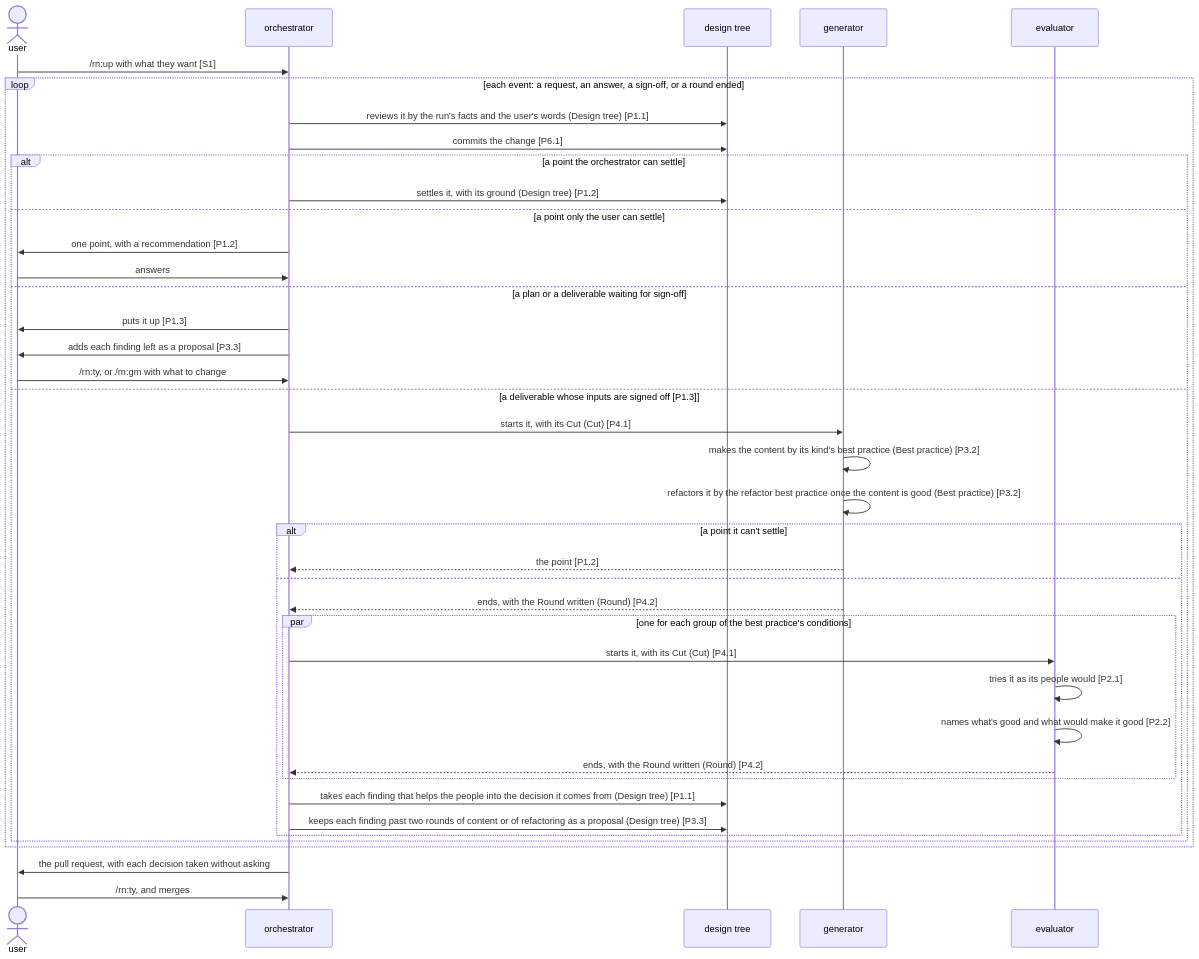
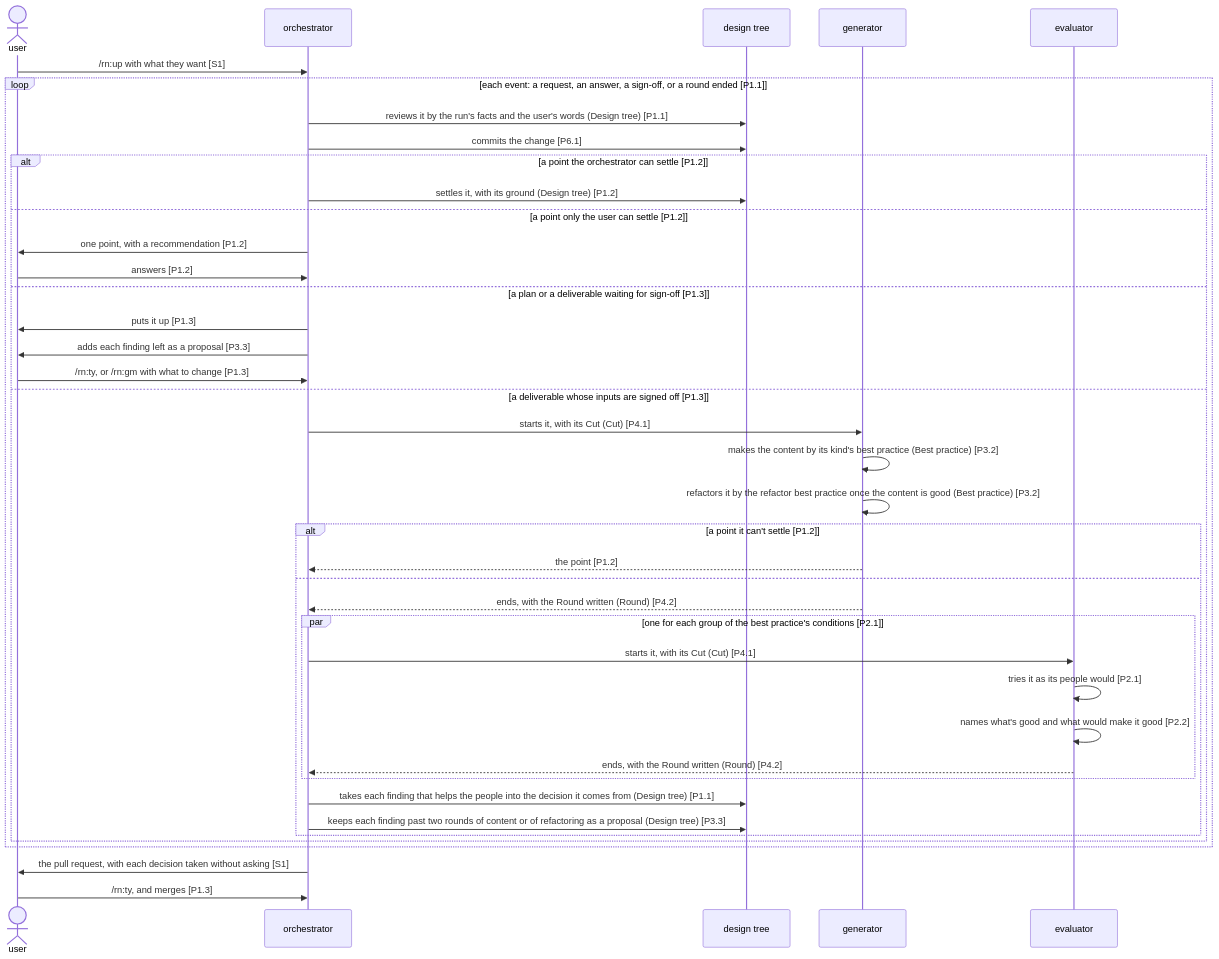
The first of 2 diagrams in dev/rn/architecture.md (lovaizu/ccpm), drawn with Mermaid before and after one commit. The commit also changed other lines of this file and 15 other files, not shown here.

````diff
--- a/dev/rn/architecture.md
+++ b/dev/rn/architecture.md
@@ -84,42 +84,42 @@
 ```mermaid
 sequenceDiagram
   actor U as user
   participant O as orchestrator
   participant T as design tree
   participant G as generator
   participant E as evaluator
   U->>O: /rn:up with what they want [S1]
-  loop each event: a request, an answer, a sign-off, or a round ended
+  loop each event: a request, an answer, a sign-off, or a round ended [P1.1]
     O->>T: reviews it by the run's facts and the user's words (Design tree) [P1.1]
     O->>T: commits the change [P6.1]
-    alt a point the orchestrator can settle
+    alt a point the orchestrator can settle [P1.2]
       O->>T: settles it, with its ground (Design tree) [P1.2]
-    else a point only the user can settle
+    else a point only the user can settle [P1.2]
       O->>U: one point, with a recommendation [P1.2]
-      U->>O: answers
-    else a plan or a deliverable waiting for sign-off
+      U->>O: answers [P1.2]
+    else a plan or a deliverable waiting for sign-off [P1.3]
       O->>U: puts it up [P1.3]
       O->>U: adds each finding left as a proposal [P3.3]
-      U->>O: /rn:ty, or /rn:gm with what to change
+      U->>O: /rn:ty, or /rn:gm with what to change [P1.3]
     else a deliverable whose inputs are signed off [P1.3]
       O->>G: starts it, with its Cut (Cut) [P4.1]
       G->>G: makes the content by its kind's best practice (Best practice) [P3.2]
       G->>G: refactors it by the refactor best practice once the content is good (Best practice) [P3.2]
-      alt a point it can't settle
+      alt a point it can't settle [P1.2]
         G-->>O: the point [P1.2]
       else
         G-->>O: ends, with the Round written (Round) [P4.2]
-        par one for each group of the best practice's conditions
+        par one for each group of the best practice's conditions [P2.1]
           O->>E: starts it, with its Cut (Cut) [P4.1]
           E->>E: tries it as its people would [P2.1]
           E->>E: names what's good and what would make it good [P2.2]
           E-->>O: ends, with the Round written (Round) [P4.2]
         end
         O->>T: takes each finding that helps the people into the decision it comes from (Design tree) [P1.1]
         O->>T: keeps each finding past two rounds of content or of refactoring as a proposal (Design tree) [P3.3]
       end
     end
   end
-  O->>U: the pull request, with each decision taken without asking
-  U->>O: /rn:ty, and merges
+  O->>U: the pull request, with each decision taken without asking [S1]
+  U->>O: /rn:ty, and merges [P1.3]
 ```
````
